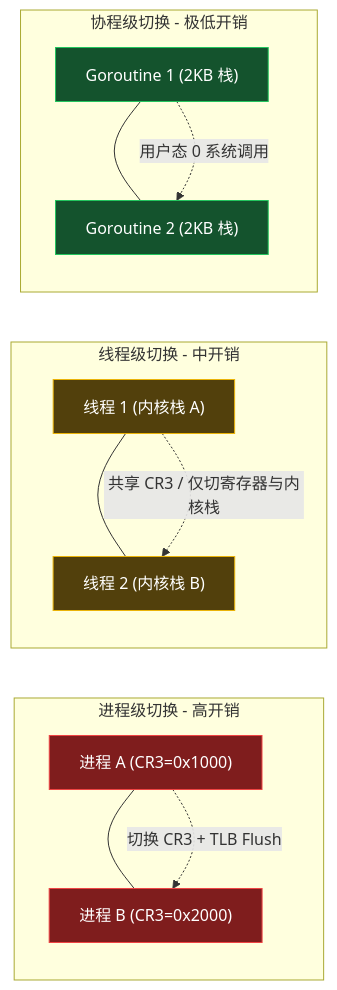
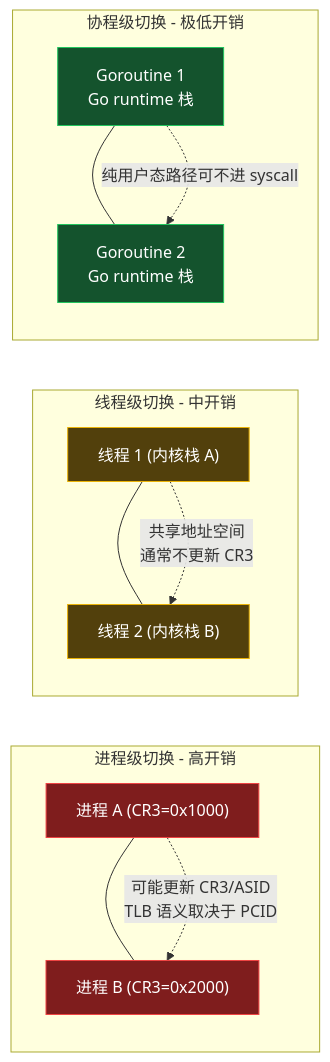
Before and after one commit to MoreConsequence/MoreConsequence.github.io: the fourth of 5 diagrams in content/posts/understanding-context-switching-from-cpu-to-goroutines.md, drawn with Mermaid. The commit also changed other lines of this file and 263 other files, not shown here.

````diff
--- a/content/posts/understanding-context-switching-from-cpu-to-goroutines.md
+++ b/content/posts/understanding-context-switching-from-cpu-to-goroutines.md
@@ -203,27 +204,27 @@
 ```mermaid
 graph LR
     subgraph ProcessLevel["进程级切换 - 高开销"]
         direction TB
         P1["进程 A (CR3=0x1000)"] --- P2["进程 B (CR3=0x2000)"]
-        P1 -.->|切换 CR3 + TLB Flush| P2
+        P1 -.->|可能更新 CR3/ASID<br/>TLB 语义取决于 PCID| P2
     end
 
     subgraph ThreadLevel["线程级切换 - 中开销"]
         direction TB
         T1["线程 1 (内核栈 A)"] --- T2["线程 2 (内核栈 B)"]
-        T1 -.->|共享 CR3 / 仅切寄存器与内核栈| T2
+        T1 -.->|共享地址空间<br/>通常不更新 CR3| T2
     end
 
     subgraph GoroutineLevel["协程级切换 - 极低开销"]
         direction TB
-        G1["Goroutine 1 (2KB 栈)"] --- G2["Goroutine 2 (2KB 栈)"]
-        G1 -.->|用户态 0 系统调用| G2
+        G1["Goroutine 1<br/>Go runtime 栈"] --- G2["Goroutine 2<br/>Go runtime 栈"]
+        G1 -.->|纯用户态路径可不进 syscall| G2
     end
 
     style P1 fill:#7f1d1d,stroke:#ef4444,color:#fff
     style P2 fill:#7f1d1d,stroke:#ef4444,color:#fff
     style T1 fill:#52400c,stroke:#eab308,color:#fff
     style T2 fill:#52400c,stroke:#eab308,color:#fff
     style G1 fill:#14532d,stroke:#22c55e,color:#fff
     style G2 fill:#14532d,stroke:#22c55e,color:#fff
 ```
````
